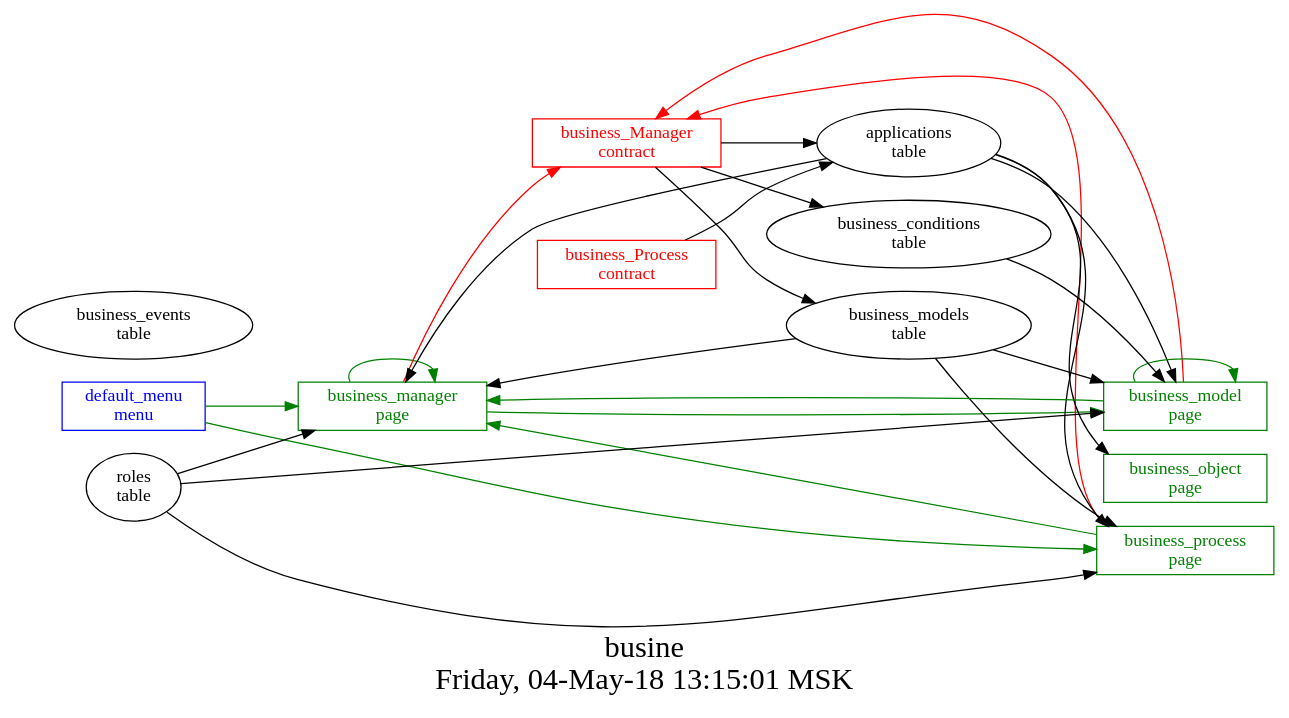
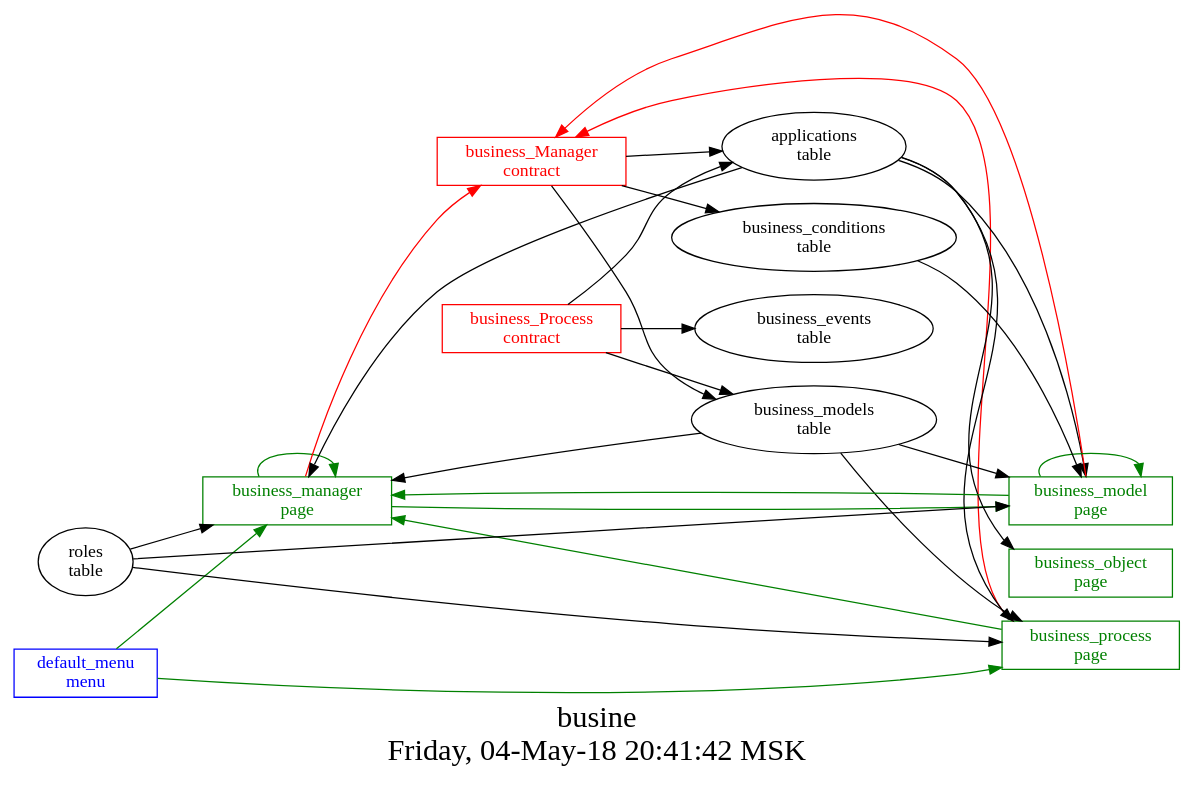
The diagram in src/business/struct.dot (AplaProject/apps), drawn with Graphviz before and after one commit. The commit also changed 3 other files, not shown here.

Commit message:
added business Process

```diff
--- a/src/business/struct.dot
+++ b/src/business/struct.dot
@@ -1,45 +1,47 @@
 digraph G {
 graph [
   fontsize="24";
-  label="busine\nFriday, 04-May-18 13:15:01 MSK";
+  label="busine\nFriday, 04-May-18 20:41:42 MSK";
   nojustify=true;
   ordering=out;
   rankdir=LR;
   size="30";
 ];
 "default_menu\nmenu" -> "business_manager\npage"  [ color=green ]
 "default_menu\nmenu" -> "business_process\npage"  [ color=green ]
 "default_menu\nmenu" [color=blue, fontcolor=blue, group=menus, shape=record];
 "business_manager\npage" -> "business_Manager\ncontract"  [ color=red ]
 "applications\ntable" -> "business_manager\npage"  [ color="" ]
 "roles\ntable" -> "business_manager\npage"  [ color="" ]
 "business_models\ntable" -> "business_manager\npage"  [ color="" ]
 "business_manager\npage" -> "business_model\npage"  [ color=green ]
 "business_manager\npage" -> "business_manager\npage"  [ color=green ]
 "business_manager\npage" [color=green, fontcolor=green, group=pages, shape=record];
 "business_model\npage" -> "business_Manager\ncontract"  [ color=red ]
 "applications\ntable" -> "business_model\npage"  [ color="" ]
 "roles\ntable" -> "business_model\npage"  [ color="" ]
 "business_models\ntable" -> "business_model\npage"  [ color="" ]
 "business_conditions\ntable" -> "business_model\npage"  [ color="" ]
 "business_model\npage" -> "business_model\npage"  [ color=green ]
 "business_model\npage" -> "business_manager\npage"  [ color=green ]
 "business_model\npage" [color=green, fontcolor=green, group=pages, shape=record];
 "applications\ntable" -> "business_object\npage"  [ color="" ]
 "business_object\npage" [color=green, fontcolor=green, group=pages, shape=record];
 "business_process\npage" -> "business_Manager\ncontract"  [ color=red ]
 "applications\ntable" -> "business_process\npage"  [ color="" ]
 "roles\ntable" -> "business_process\npage"  [ color="" ]
 "business_models\ntable" -> "business_process\npage"  [ color="" ]
 "business_process\npage" -> "business_manager\npage"  [ color=green ]
 "business_process\npage" [color=green, fontcolor=green, group=pages, shape=record];
 "business_Manager\ncontract" -> "applications\ntable"  [ color="" ]
 "business_Manager\ncontract" -> "business_conditions\ntable"  [ color="" ]
 "business_Manager\ncontract" -> "business_models\ntable"  [ color="" ]
 "business_Manager\ncontract" [color=red, fontcolor=red, group=contracts, shape=record];
 "business_Process\ncontract" -> "applications\ntable"  [ color="" ]
+"business_Process\ncontract" -> "business_events\ntable"  [ color="" ]
+"business_Process\ncontract" -> "business_models\ntable"  [ color="" ]
 "business_Process\ncontract" [color=red, fontcolor=red, group=contracts, shape=record];
 "business_conditions\ntable" [color="", fontcolor="", group=tables, shape=""];
 "business_events\ntable" [color="", fontcolor="", group=tables, shape=""];
 "business_models\ntable" [color="", fontcolor="", group=tables, shape=""];
 }
```
